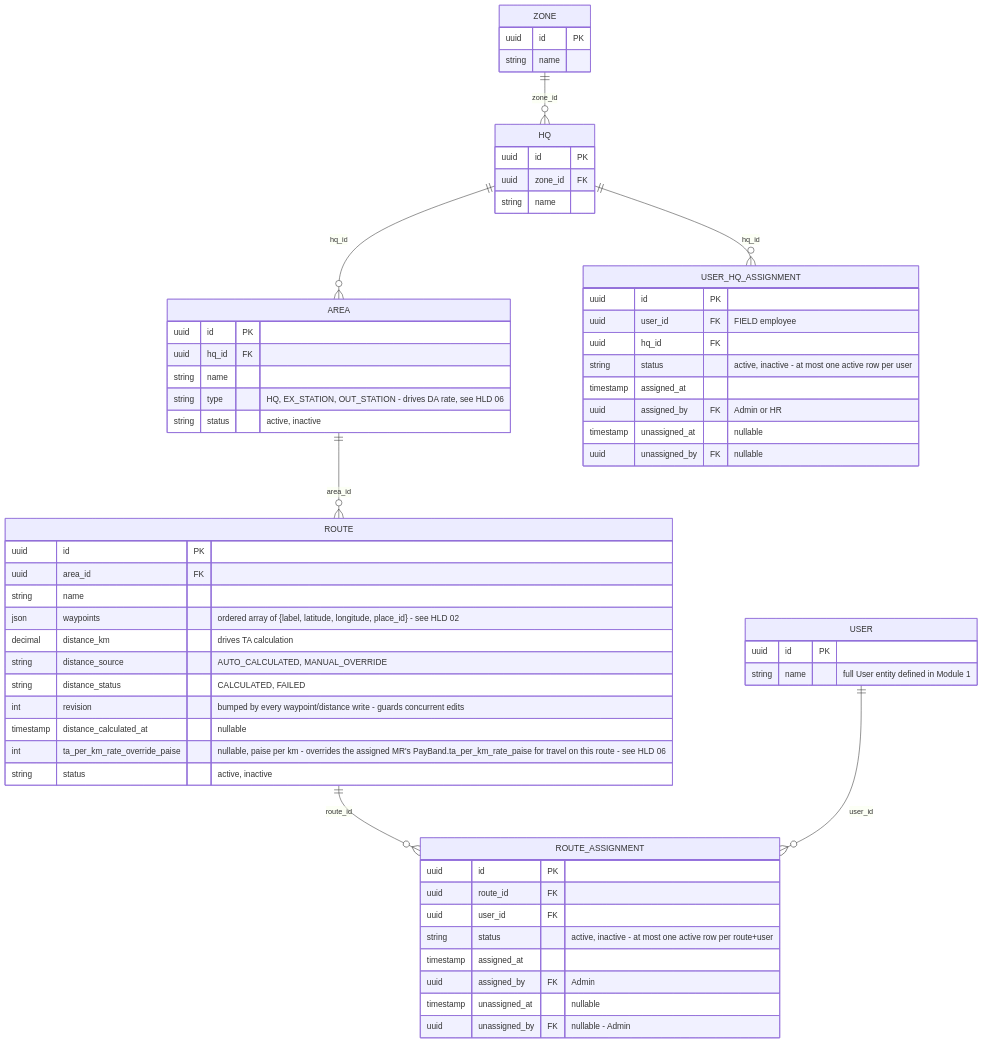
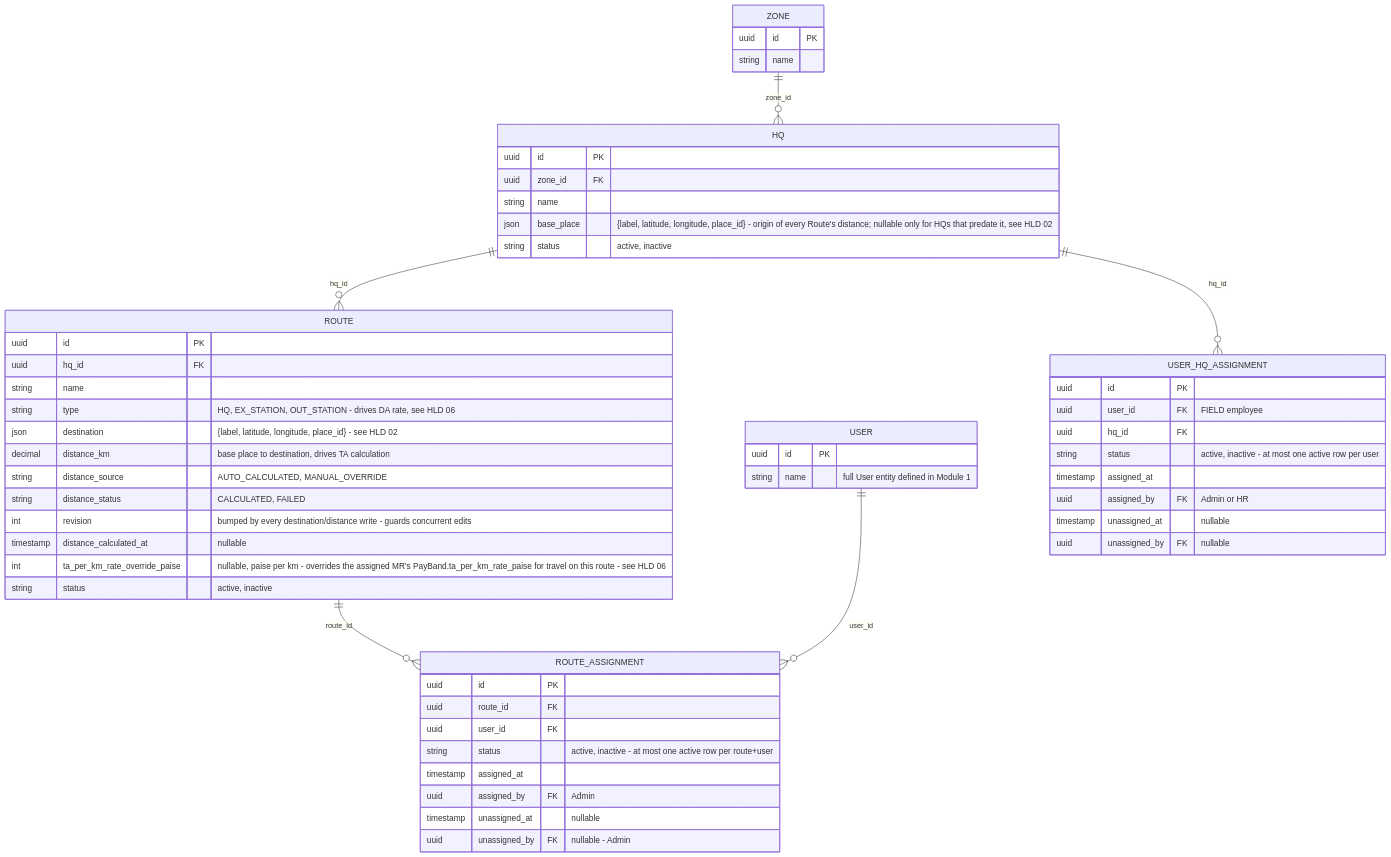
One commit to reboot-ai-private-limited/greynote changed the diagram in docs/erd/02-territory-master.md. Above: the diagram before and after it, drawn with Mermaid. The commit also changed other lines of this file and 14 other files, not shown here.

First line of the commit message:
docs(territory): flatten to Zone → HQ → Route — HQ base place, Route destination and type

````diff
--- a/docs/erd/02-territory-master.md
+++ b/docs/erd/02-territory-master.md
@@ -8,63 +8,58 @@
 ```mermaid
 erDiagram
     USER {
         uuid id PK
         string name "full User entity defined in Module 1"
     }
     ZONE {
         uuid id PK
         string name
     }
     HQ {
         uuid id PK
         uuid zone_id FK
         string name
+        json base_place "{label, latitude, longitude, place_id} - origin of every Route's distance; nullable only for HQs that predate it, see HLD 02"
+        string status "active, inactive"
     }
-    AREA {
+    ROUTE {
         uuid id PK
         uuid hq_id FK
         string name
         string type "HQ, EX_STATION, OUT_STATION - drives DA rate, see HLD 06"
-        string status "active, inactive"
-    }
-    ROUTE {
-        uuid id PK
-        uuid area_id FK
-        string name
-        json waypoints "ordered array of {label, latitude, longitude, place_id} - see HLD 02"
-        decimal distance_km "drives TA calculation"
+        json destination "{label, latitude, longitude, place_id} - see HLD 02"
+        decimal distance_km "base place to destination, drives TA calculation"
         string distance_source "AUTO_CALCULATED, MANUAL_OVERRIDE"
         string distance_status "CALCULATED, FAILED"
-        int revision "bumped by every waypoint/distance write - guards concurrent edits"
+        int revision "bumped by every destination/distance write - guards concurrent edits"
         timestamp distance_calculated_at "nullable"
         int ta_per_km_rate_override_paise "nullable, paise per km - overrides the assigned MR's PayBand.ta_per_km_rate_paise for travel on this route - see HLD 06"
         string status "active, inactive"
     }
     ROUTE_ASSIGNMENT {
         uuid id PK
         uuid route_id FK
         uuid user_id FK
         string status "active, inactive - at most one active row per route+user"
         timestamp assigned_at
         uuid assigned_by FK "Admin"
         timestamp unassigned_at "nullable"
         uuid unassigned_by FK "nullable - Admin"
     }
     USER_HQ_ASSIGNMENT {
         uuid id PK
         uuid user_id FK "FIELD employee"
         uuid hq_id FK
         string status "active, inactive - at most one active row per user"
         timestamp assigned_at
         uuid assigned_by FK "Admin or HR"
         timestamp unassigned_at "nullable"
         uuid unassigned_by FK "nullable"
     }
 
     ZONE ||--o{ HQ : "zone_id"
-    HQ ||--o{ AREA : "hq_id"
+    HQ ||--o{ ROUTE : "hq_id"
     HQ ||--o{ USER_HQ_ASSIGNMENT : "hq_id"
-    AREA ||--o{ ROUTE : "area_id"
     ROUTE ||--o{ ROUTE_ASSIGNMENT : "route_id"
     USER ||--o{ ROUTE_ASSIGNMENT : "user_id"
 ```
````
